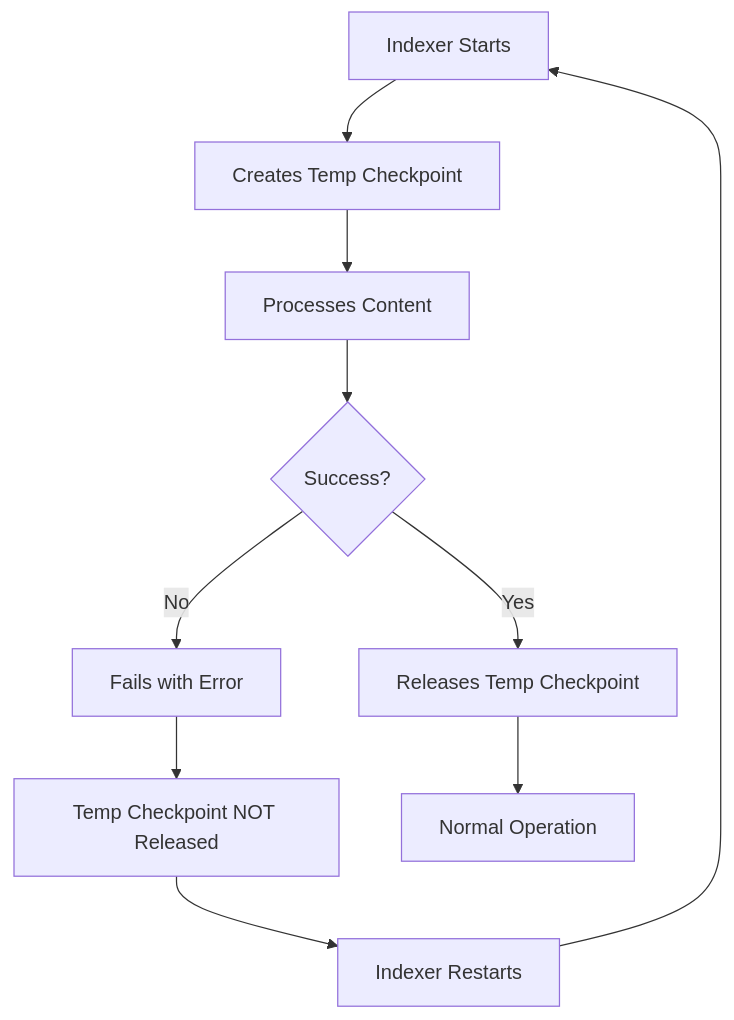
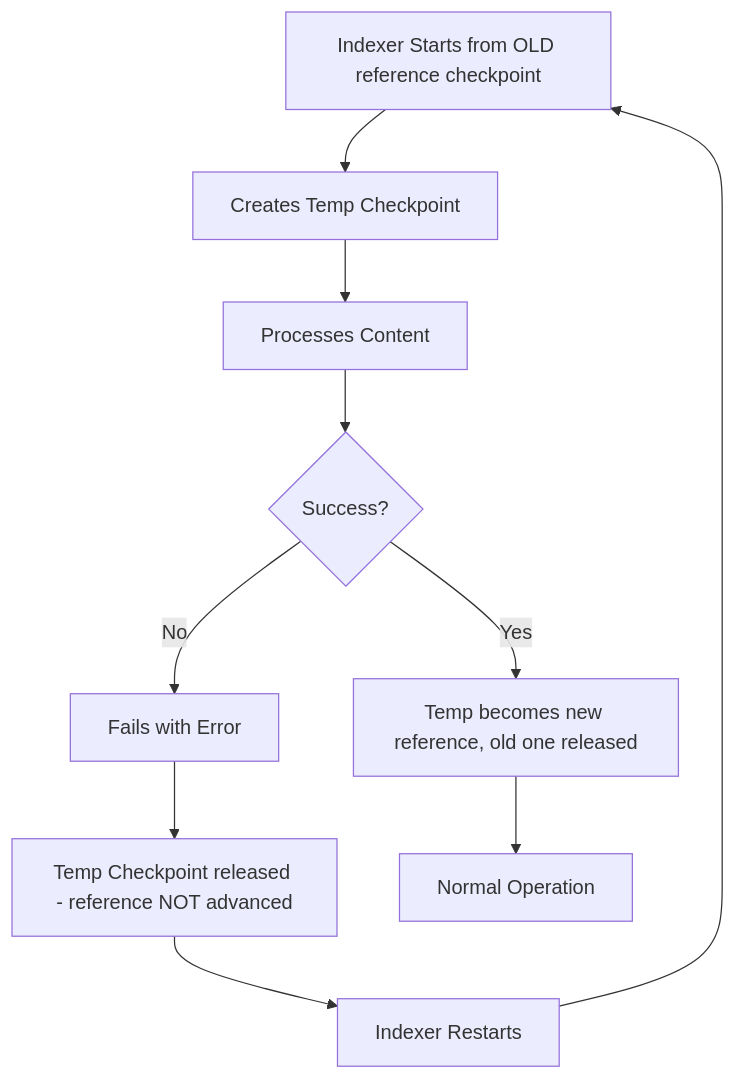
Before and after one commit to somarc/oak-magnum-oakus: the diagram in docs/checkpoints/death-loop.md, drawn with Mermaid. The commit also changed other lines of this file and 32 other files, not shown here.

````diff
--- a/docs/checkpoints/death-loop.md
+++ b/docs/checkpoints/death-loop.md
@@ -32,12 +32,12 @@
 ```mermaid
 flowchart TD
-    A[Indexer Starts] --> B[Creates Temp Checkpoint]
+    A[Indexer Starts from OLD reference checkpoint] --> B[Creates Temp Checkpoint]
     B --> C[Processes Content]
     C --> D{Success?}
     D -->|No| E[Fails with Error]
-    E --> F[Temp Checkpoint NOT Released]
+    E --> F[Temp Checkpoint released - reference NOT advanced]
     F --> G[Indexer Restarts]
     G --> A
-    D -->|Yes| H[Releases Temp Checkpoint]
+    D -->|Yes| H[Temp becomes new reference, old one released]
     H --> I[Normal Operation]
 ```
````
